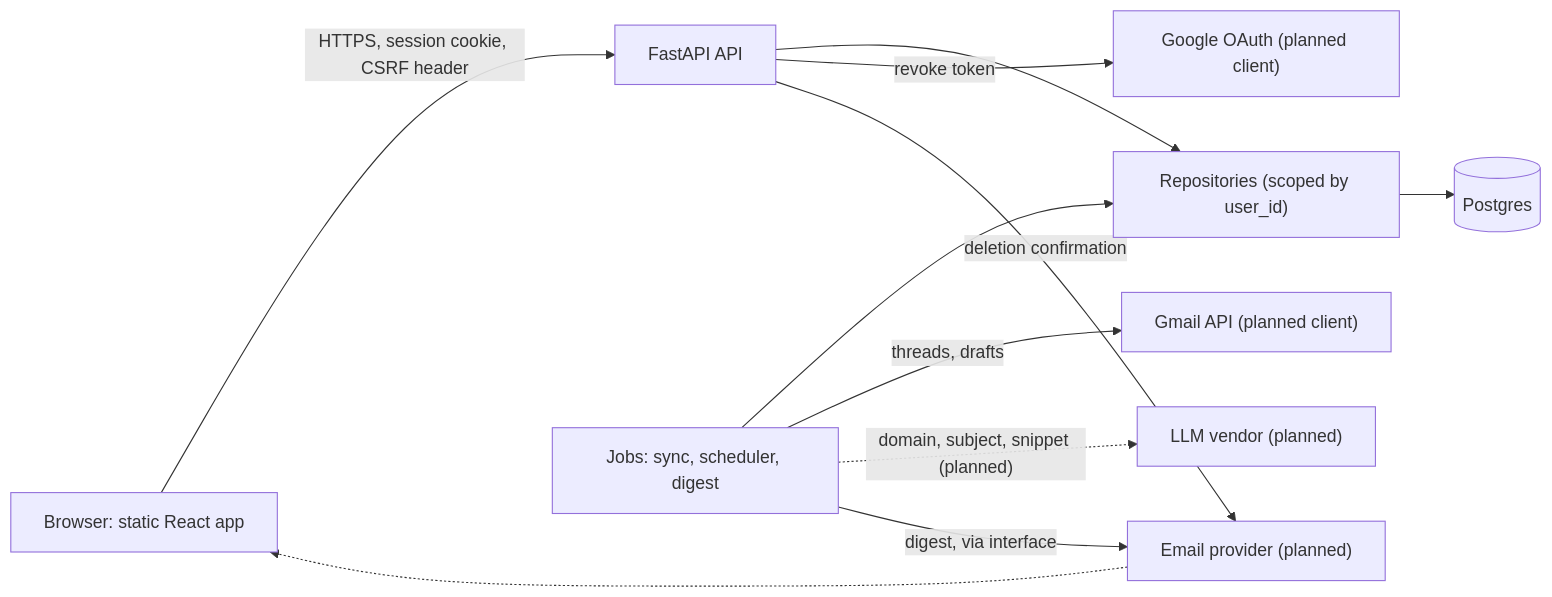
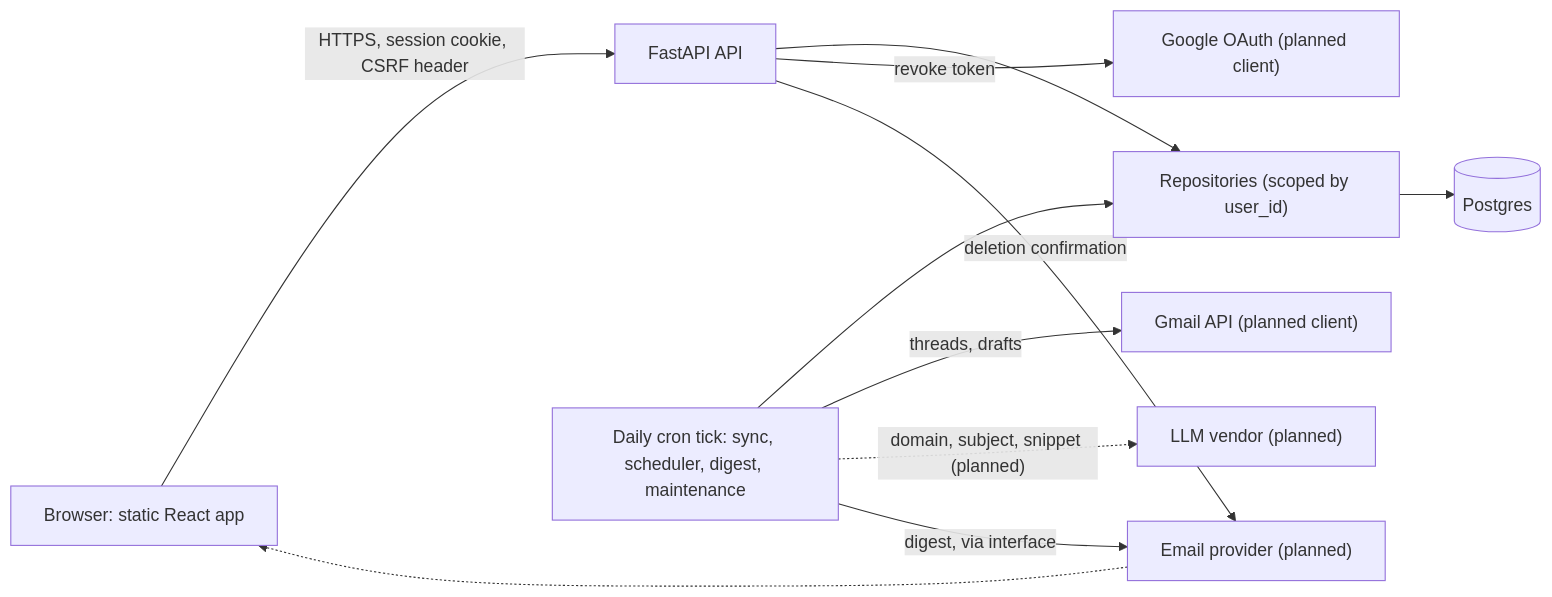
Before and after one commit to Aliankhann/ApplicationTrackerAI: the first of 2 diagrams in docs/architecture.md, drawn with Mermaid. The commit also changed other lines of this file and 59 other files, not shown here.

````diff
--- a/docs/architecture.md
+++ b/docs/architecture.md
@@ -23,13 +23,13 @@
 ```mermaid
 flowchart LR
     Browser["Browser: static React app"] -->|"HTTPS, session cookie, CSRF header"| API["FastAPI API"]
     API --> Repos["Repositories (scoped by user_id)"]
     Repos --> DB[("Postgres")]
-    Jobs["Jobs: sync, scheduler, digest"] --> Repos
+    Jobs["Daily cron tick: sync, scheduler, digest, maintenance"] --> Repos
     Jobs -->|"threads, drafts"| Gmail["Gmail API (planned client)"]
     API -->|"revoke token"| Google["Google OAuth (planned client)"]
     Jobs -.->|"domain, subject, snippet (planned)"| LLM["LLM vendor (planned)"]
     Jobs -->|"digest, via interface"| Email["Email provider (planned)"]
     API -->|"deletion confirmation"| Email
     Email -.-> Browser
 ```
````
